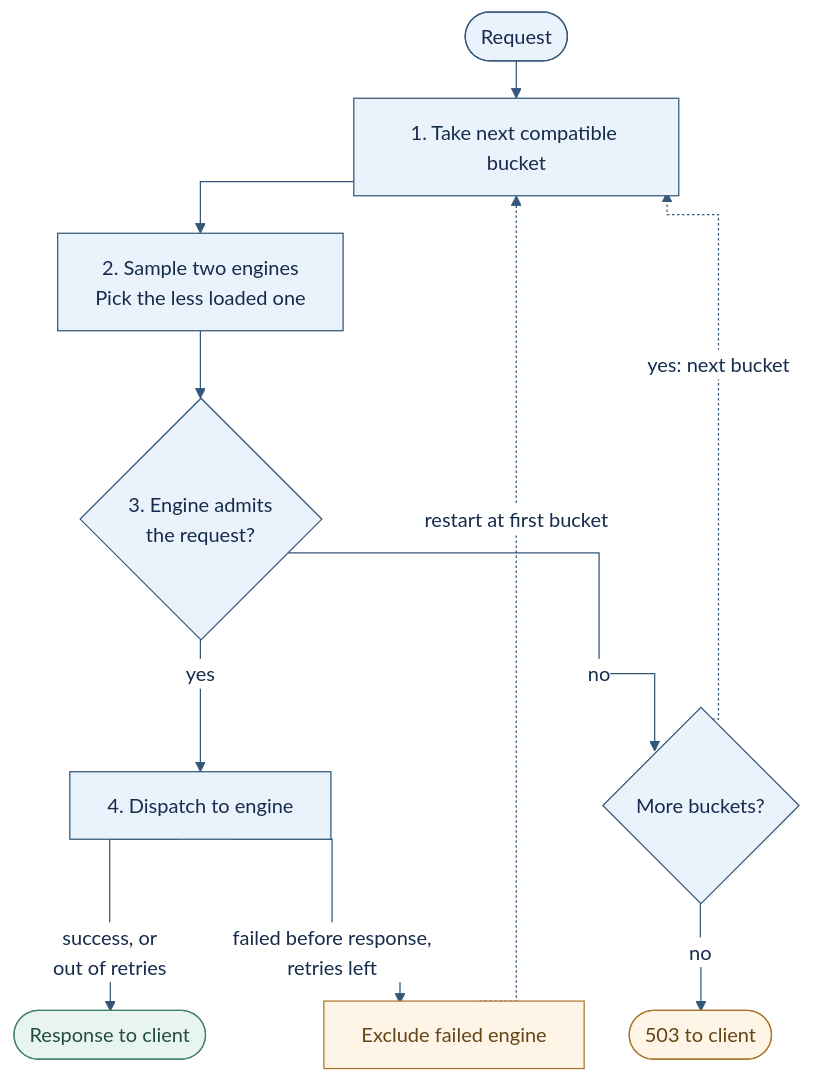
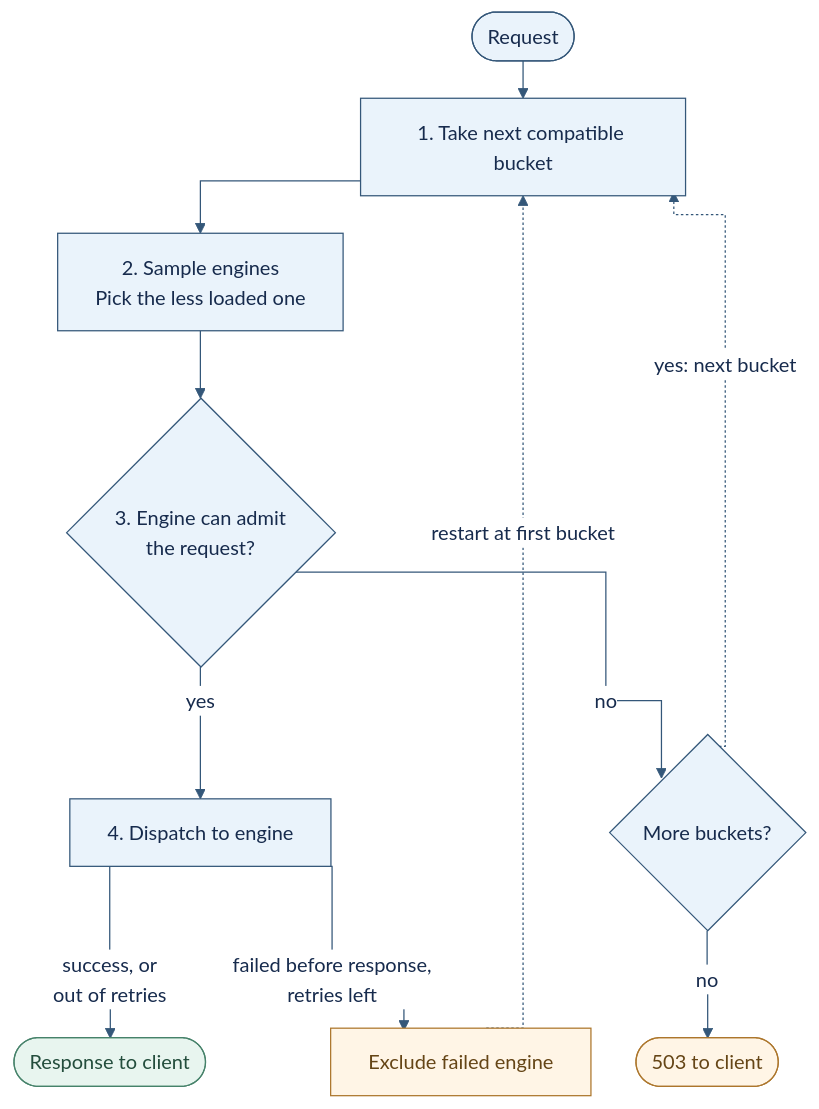
Before and after one commit to sgl-project/sglang: the first of 2 diagrams in experimental/sgl-router/ARCHITECTURE.md, drawn with Mermaid. The commit also changed other lines of this file, not shown here.

````diff
--- a/experimental/sgl-router/ARCHITECTURE.md
+++ b/experimental/sgl-router/ARCHITECTURE.md
@@ -52,18 +52,18 @@
 ```mermaid
 %%{init: {"theme": "base", "themeVariables": {"primaryColor": "#eaf3fb", "primaryTextColor": "#172b4d", "primaryBorderColor": "#345779", "lineColor": "#345779", "edgeLabelBackground": "#ffffff"}, "flowchart": {"curve": "stepAfter", "rankSpacing": 30, "nodeSpacing": 30}}}%%
 flowchart TD
     R([Request]) --> B["1. Take next compatible bucket"]
-    B --> S["2. Sample two engines<br/>Pick the less loaded one"]
-    S --> A{"3. Engine admits<br/>the request?"}
+    B --> S["2. Sample engines<br/>Pick the less loaded one"]
+    S --> A{"3. Engine can admit<br/>the request?"}
     A -->|yes| D["4. Dispatch to engine"]
     A -->|no| M{"More buckets?"}
     M -->|no| X(["503 to client"])
     D -->|success, or<br/>out of retries| E([Response to client])
     D -->|failed before response,<br/>retries left| T["Exclude failed engine"]
     M -.->|yes: next bucket| B
     T -.->|restart at first bucket| B
     classDef next fill:#fff5e6,stroke:#ac762c,color:#654516;
     classDef done fill:#e8f5ef,stroke:#46826a,color:#234d3c;
     class T,X next;
     class E done;
 ```
````
